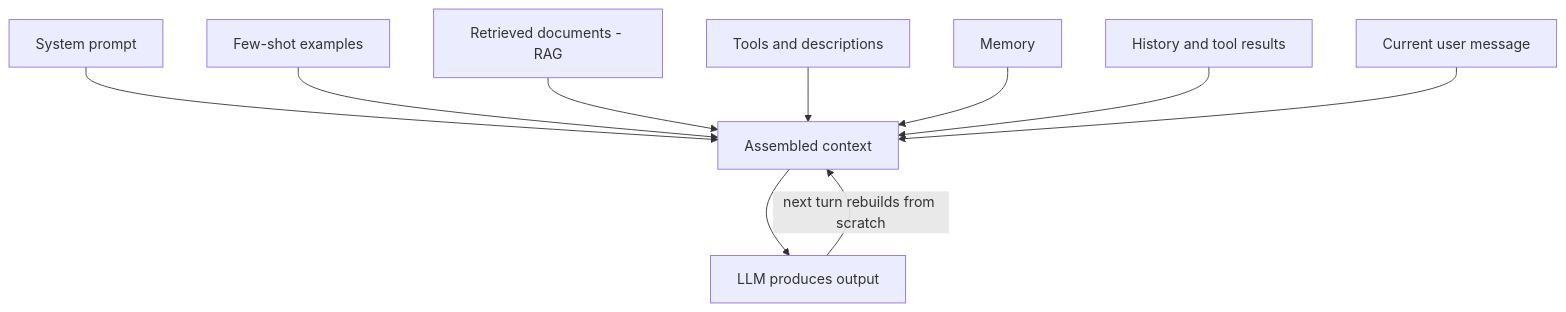
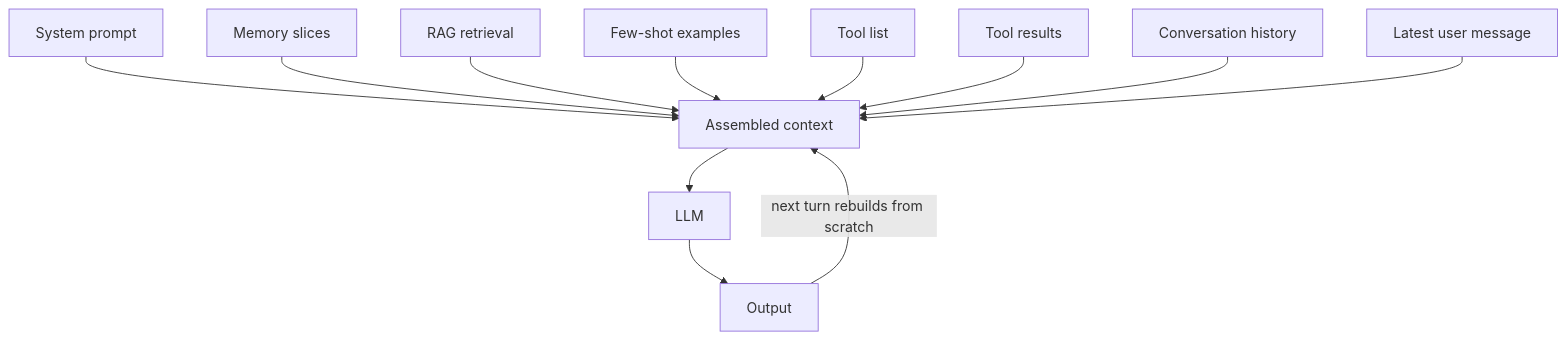
The first of 2 diagrams in notes/step-08-prompt-engineering-and-context-engineering/100-context-engineering.md (kaisarnajar/outcome-school-blogs), drawn with Mermaid before and after one commit. The commit also changed other lines of this file and 233 other files, not shown here.

````diff
--- a/notes/step-08-prompt-engineering-and-context-engineering/100-context-engineering.md
+++ b/notes/step-08-prompt-engineering-and-context-engineering/100-context-engineering.md
@@ -47,12 +59,14 @@
 ```mermaid
 flowchart TD
-    A["System prompt"] --> G["Assembled context"]
-    B["Few-shot examples"] --> G
-    C["Retrieved documents - RAG"] --> G
-    D["Tools and descriptions"] --> G
-    E["Memory"] --> G
-    F["History and tool results"] --> G
-    H["Current user message"] --> G
-    G --> L["LLM produces output"]
-    L -->|"next turn rebuilds from scratch"| G
+    A1["System prompt"] --> M["Assembled context"]
+    A2["Memory slices"] --> M
+    A3["RAG retrieval"] --> M
+    A4["Few-shot examples"] --> M
+    A5["Tool list"] --> M
+    A6["Tool results"] --> M
+    A7["Conversation history"] --> M
+    A8["Latest user message"] --> M
+    M --> L["LLM"]
+    L --> O["Output"]
+    O -->|"next turn rebuilds from scratch"| M
 ```
````
